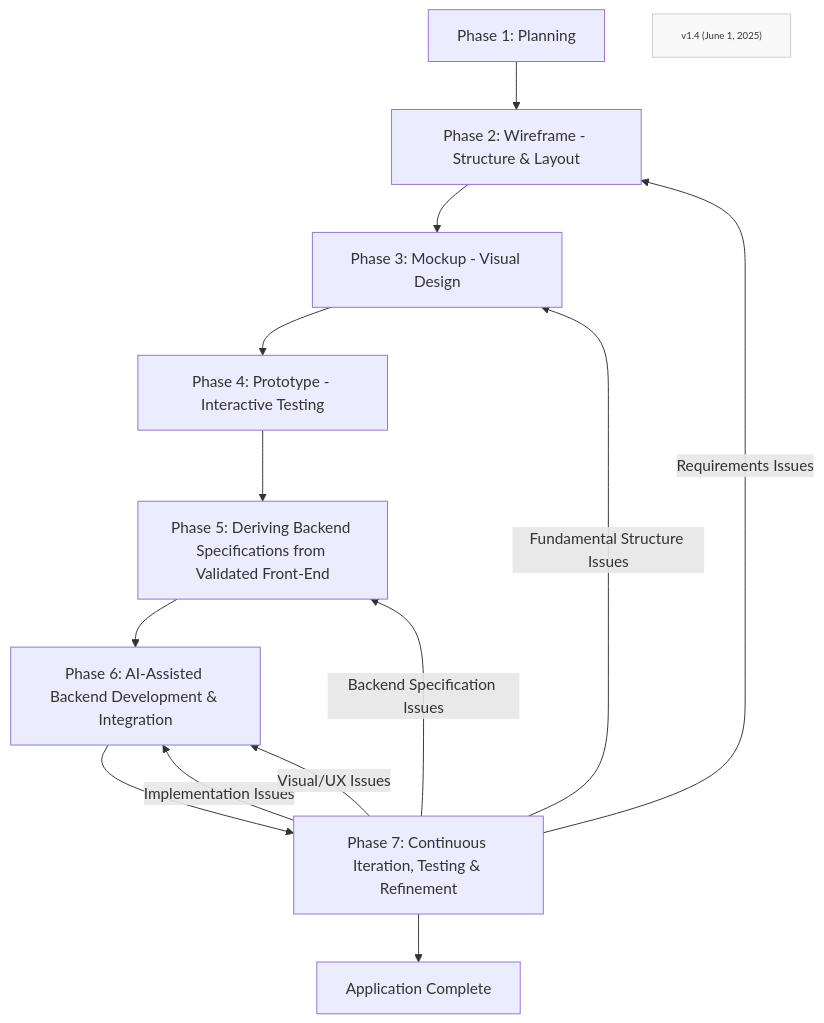
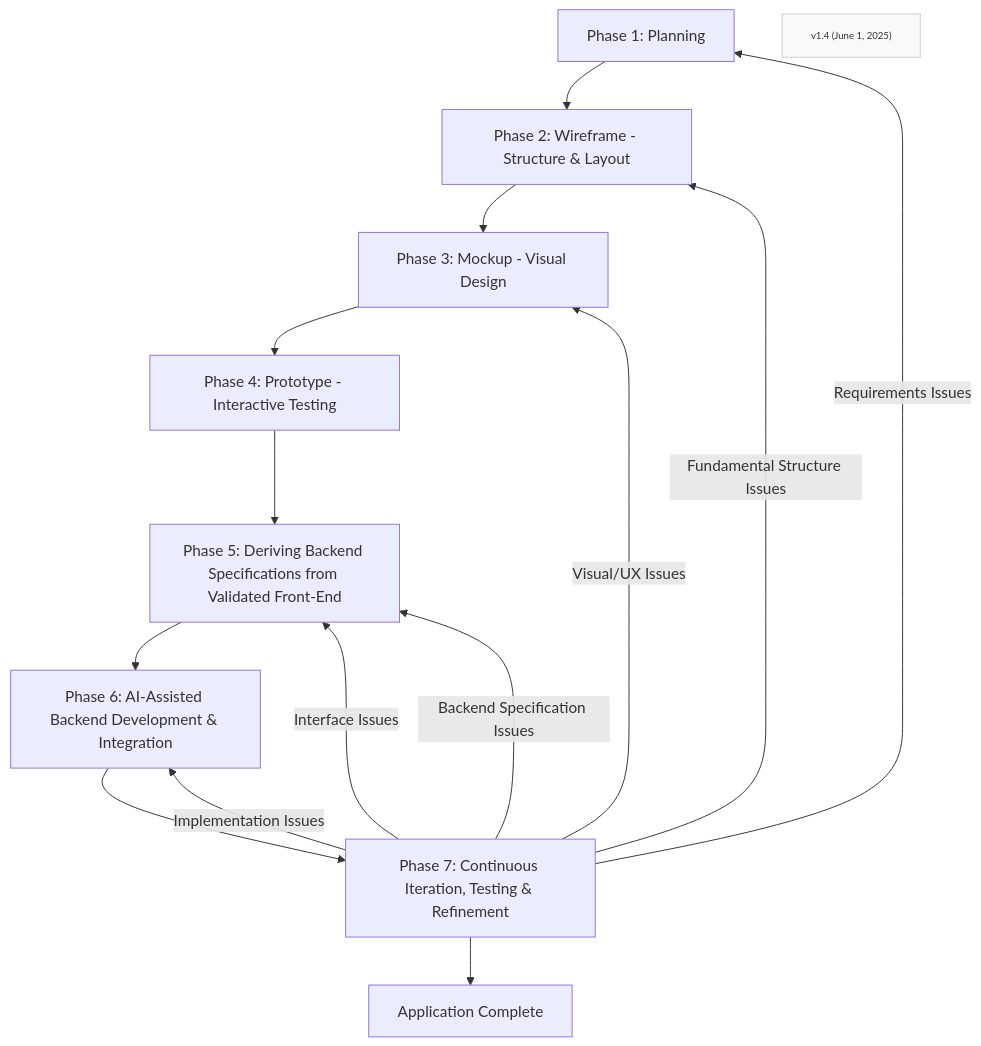
One commit to Mharbulous/Front-First-Method changed the diagram in Method/FF-overview.md. Above: the diagram before and after it, drawn with Mermaid.

Commit message:
revise flows

````diff
--- a/Method/FF-overview.md
+++ b/Method/FF-overview.md
@@ -1,21 +1,22 @@
 ```mermaid
 graph TD
 Phase1["Phase 1: Planning"] --> Phase2["Phase 2: Wireframe - Structure & Layout"]
     Phase2 --> Phase3["Phase 3: Mockup - Visual Design"]
     Phase3 --> Phase4["Phase 4: Prototype - Interactive Testing"]
     Phase4 --> Phase5["Phase 5: Deriving Backend Specifications from Validated Front-End"]
     Phase5 --> Phase6["Phase 6: AI-Assisted Backend Development & Integration"]
     Phase6 --> Phase7["Phase 7: Continuous Iteration, Testing & Refinement"]
     Phase7 --> Phase8["Application Complete"]
     
     Phase7 -->|Implementation Issues| Phase6
+    Phase7 -->|Interface Issues| Phase5
     Phase7 -->|Backend Specification Issues| Phase5
-    Phase7 -->|Visual/UX Issues| Phase6
-    Phase7 -->|Fundamental Structure Issues| Phase3
-    Phase7 -->|Requirements Issues| Phase2
+    Phase7 -->|Visual/UX Issues| Phase3
+    Phase7 -->|Fundamental Structure Issues| Phase2
+    Phase7 -->|Requirements Issues| Phase1
     
     Version["v1.4 (June 1, 2025)"]
     
     classDef version fill:#f9f9f9,stroke:#ccc,font-size:10px
     class Version version
 ```
````
